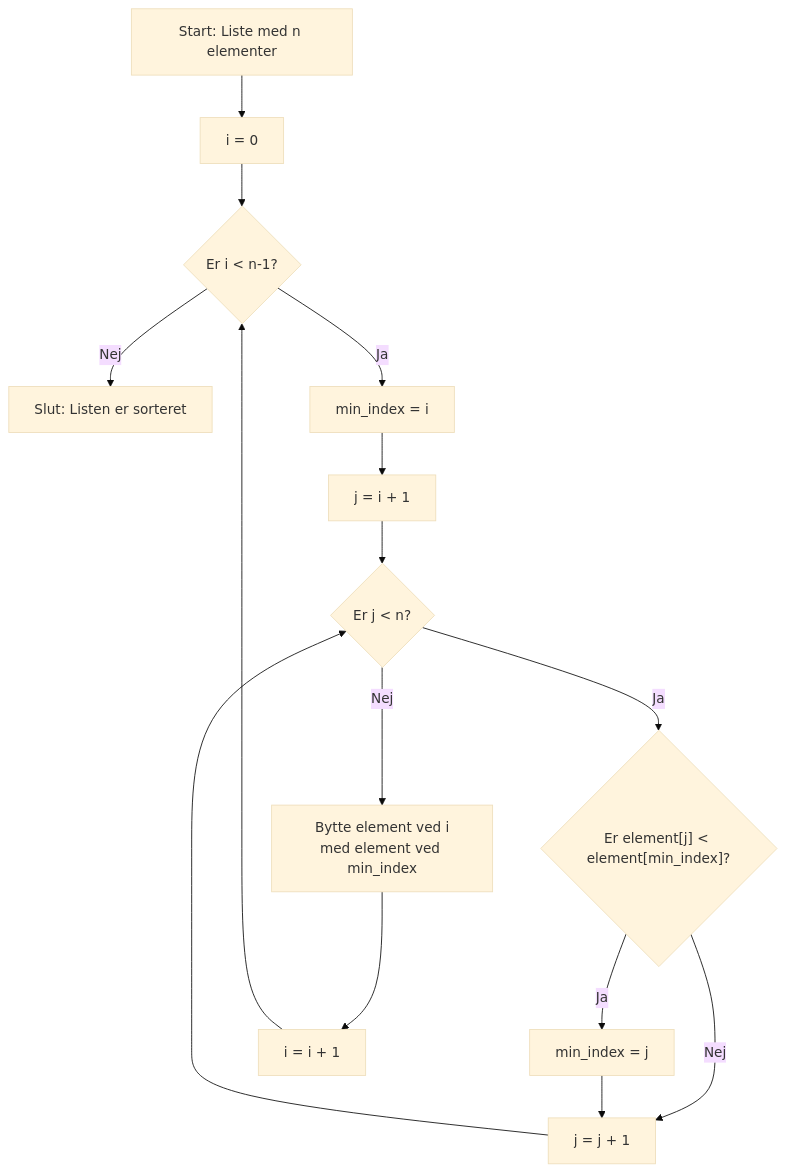
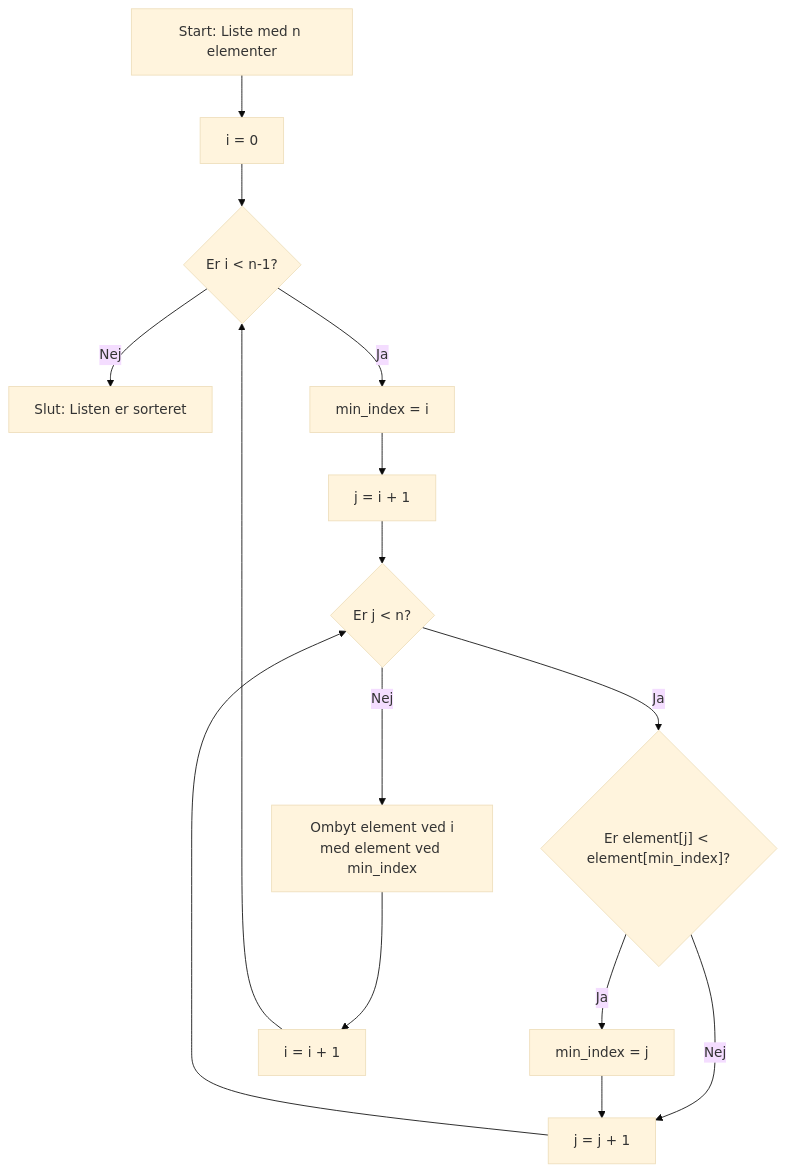
One commit to CheMical/DAT-GBG-DA-E26AB changed the diagram in 36/03_ons_2026-09-02/selection_sort.md. Above: the diagram before and after it, drawn with Mermaid (base theme). The commit also changed other lines of this file, not shown here.

````diff
--- a/36/03_ons_2026-09-02/selection_sort.md
+++ b/36/03_ons_2026-09-02/selection_sort.md
@@ -73,17 +73,17 @@
 ```mermaid
 graph TD
     A["Start: Liste med n elementer"] --> B["i = 0"]
     B --> C{"Er i < n-1?"}
     C -->|Nej| D["Slut: Listen er sorteret"]
     C -->|Ja| E["min_index = i"]
     E --> F["j = i + 1"]
     F --> G{"Er j < n?"}
-    G -->|Nej| H["Bytte element ved i<br/>med element ved min_index"]
+    G -->|Nej| H["Ombyt element ved i<br/>med element ved min_index"]
     G -->|Ja| I{"Er element[j] < element[min_index]?"}
     I -->|Ja| J["min_index = j"]
     I -->|Nej| K["j = j + 1"]
     J --> K
     K --> G
     H --> L["i = i + 1"]
     L --> C
 ```
````
